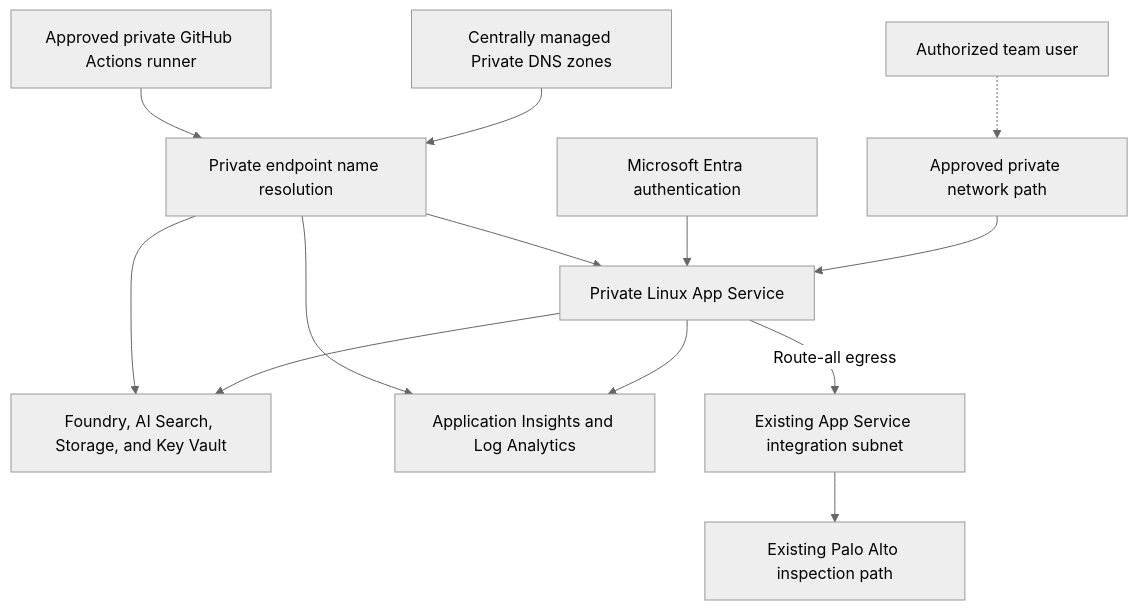
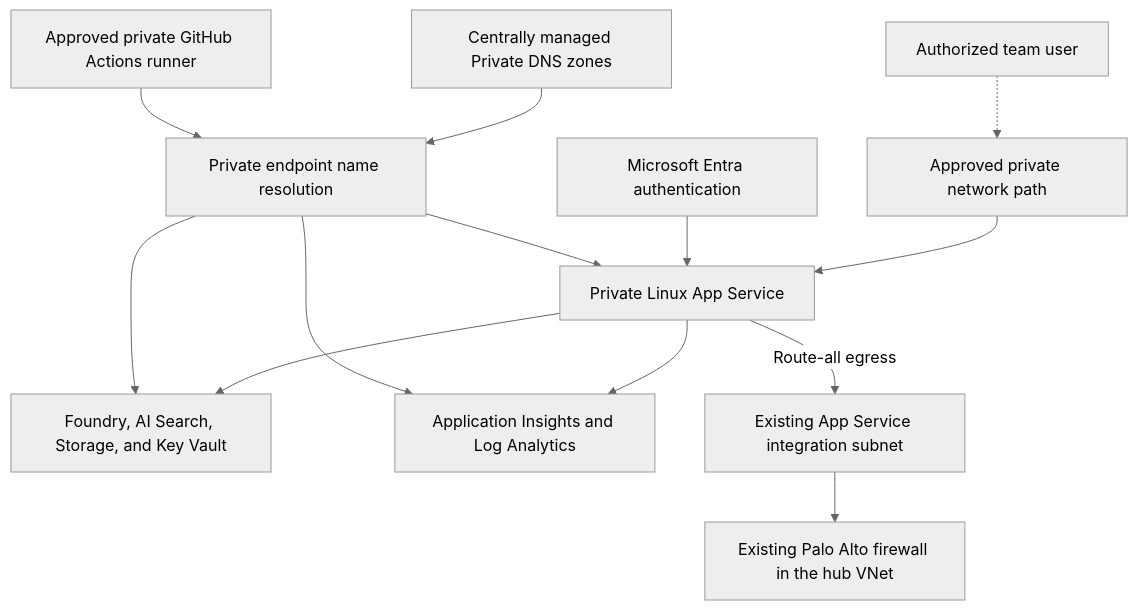
One commit to santosrodriguez/cloud-platform-documentation changed the first of 2 diagrams in deployments/azure-wiki-assistant/README.md. Above: the diagram before and after it, drawn with Mermaid (neutral theme). The commit also changed other lines of this file and 5 other files, not shown here.

Commit message:
Document Virtual WAN and hub VNet topology

````diff
--- a/deployments/azure-wiki-assistant/README.md
+++ b/deployments/azure-wiki-assistant/README.md
@@ -39,15 +39,15 @@
 ```mermaid
 flowchart TD
     user["Authorized team user"] -.-> privatePath["Approved private network path"]
     privatePath --> app["Private Linux App Service"]
     entra["Microsoft Entra authentication"] --> app
     app --> services["Foundry, AI Search, Storage, and Key Vault"]
     app --> monitoring["Application Insights and Log Analytics"]
     app -->|"Route-all egress"| integration["Existing App Service integration subnet"]
-    integration --> firewall["Existing Palo Alto inspection path"]
+    integration --> firewall["Existing Palo Alto firewall in the hub VNet"]
     dns["Centrally managed Private DNS zones"] --> resolution["Private endpoint name resolution"]
     resolution --> app
     resolution --> services
     resolution --> monitoring
     runner["Approved private GitHub Actions runner"] --> resolution
 ```
````
